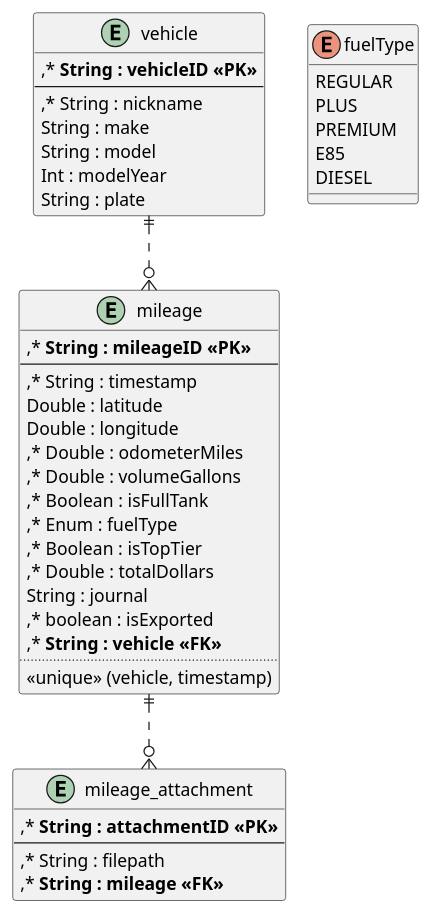
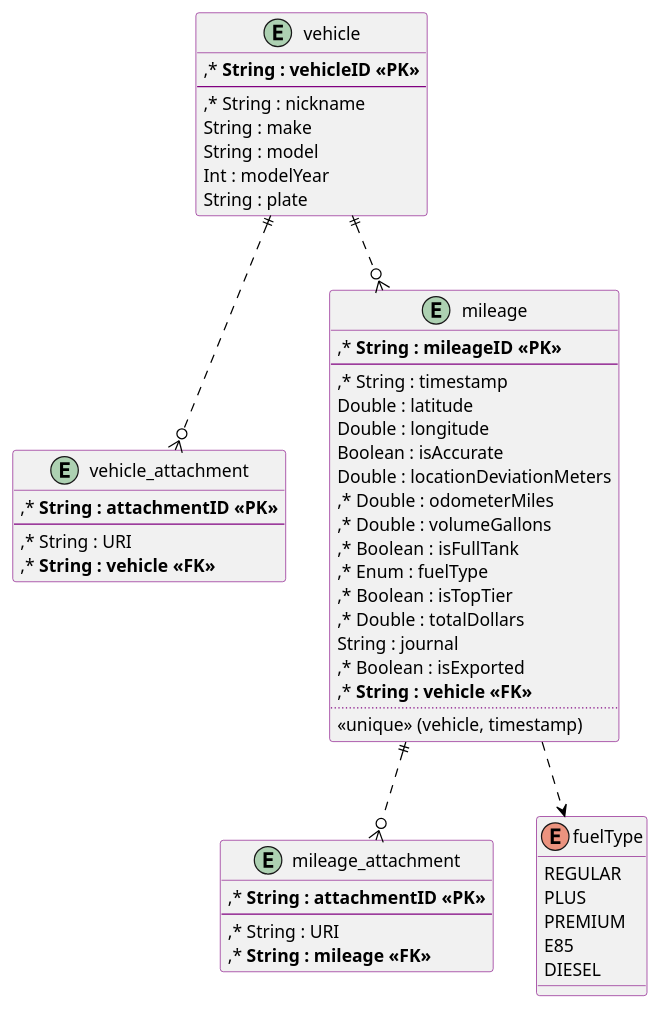
Before and after one commit to officialBeebe/FuelBuddy: the first of 2 diagrams in README.org, drawn with PlantUML. The commit also changed other lines of this file and 5 other files, not shown here.

```diff
--- a/README.org
+++ b/README.org
@@ -66,53 +65,73 @@
 #+begin_src plantuml :file diagrams/erd.svg :tangle diagrams/erd.puml :exports none :results none
 @startuml
+
+<style>
+classDiagram {
+        Linecolor purple
+        arrow {
+                FontColor black
+                LineColor black
+        }
+}
+</style>
 
 entity "vehicle" as v {
         ,* **String : vehicleID <<PK>>**
         --
         ,* String : nickname
         String : make
         String : model
         Int : modelYear
         String : plate
 }
 
+entity "vehicle_attachment" as va {
+    ,* **String : attachmentID <<PK>>**
+    --
+    ,* String : URI
+    ,* **String : vehicle <<FK>>**
+}
 
 entity "mileage" as m {
         ,* **String : mileageID <<PK>>**
         --
         ,* String : timestamp
         Double : latitude
         Double : longitude
+        Boolean : isAccurate
+        Double : locationDeviationMeters
         ,* Double : odometerMiles
         ,* Double : volumeGallons
         ,* Boolean : isFullTank
         ,* Enum : fuelType
         ,* Boolean : isTopTier
         ,* Double : totalDollars
         String : journal
-        ,* boolean : isExported
+        ,* Boolean : isExported
         ,* **String : vehicle <<FK>>**
         ..
         <<unique>> (vehicle, timestamp)
 }
 
 entity "mileage_attachment" as ma {
         ,* **String : attachmentID <<PK>>**
         --
-        ,* String : filepath
+        ,* String : URI
         ,* **String : mileage <<FK>>**
 }
 
 enum "fuelType" as ft {
         REGULAR
         PLUS
         PREMIUM
         E85
         DIESEL
 }
 
+v ||..o{ va
 v ||..o{ m
 m ||..o{ ma
+m ..> ft
 
 @enduml
 #+end_src
```
